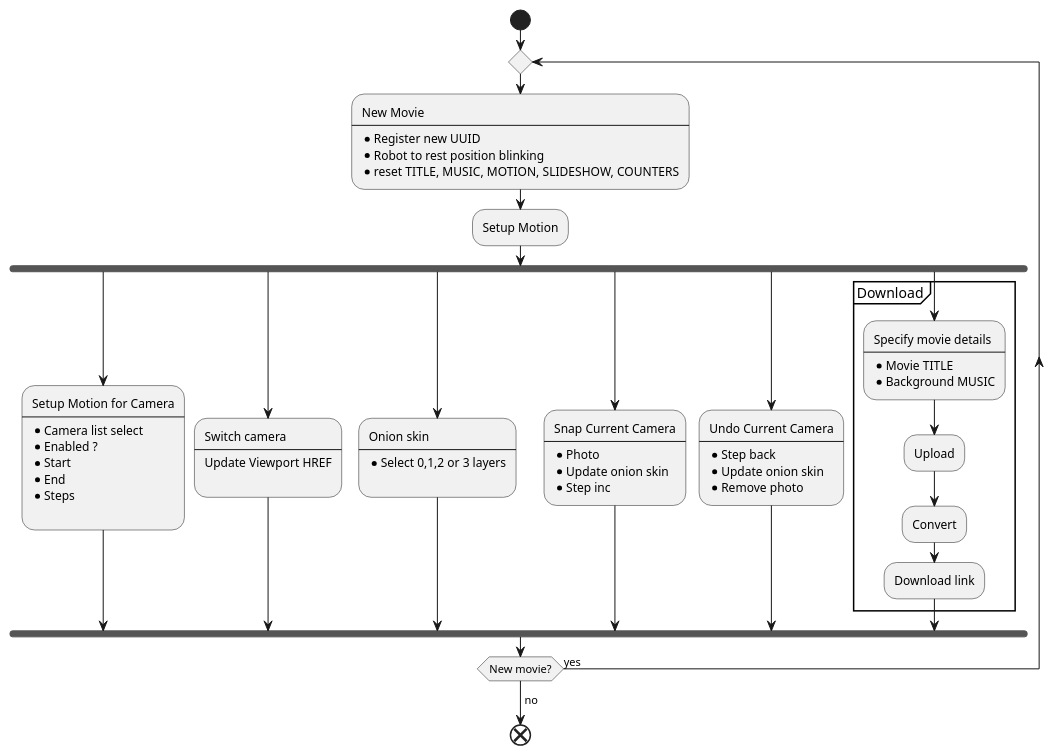
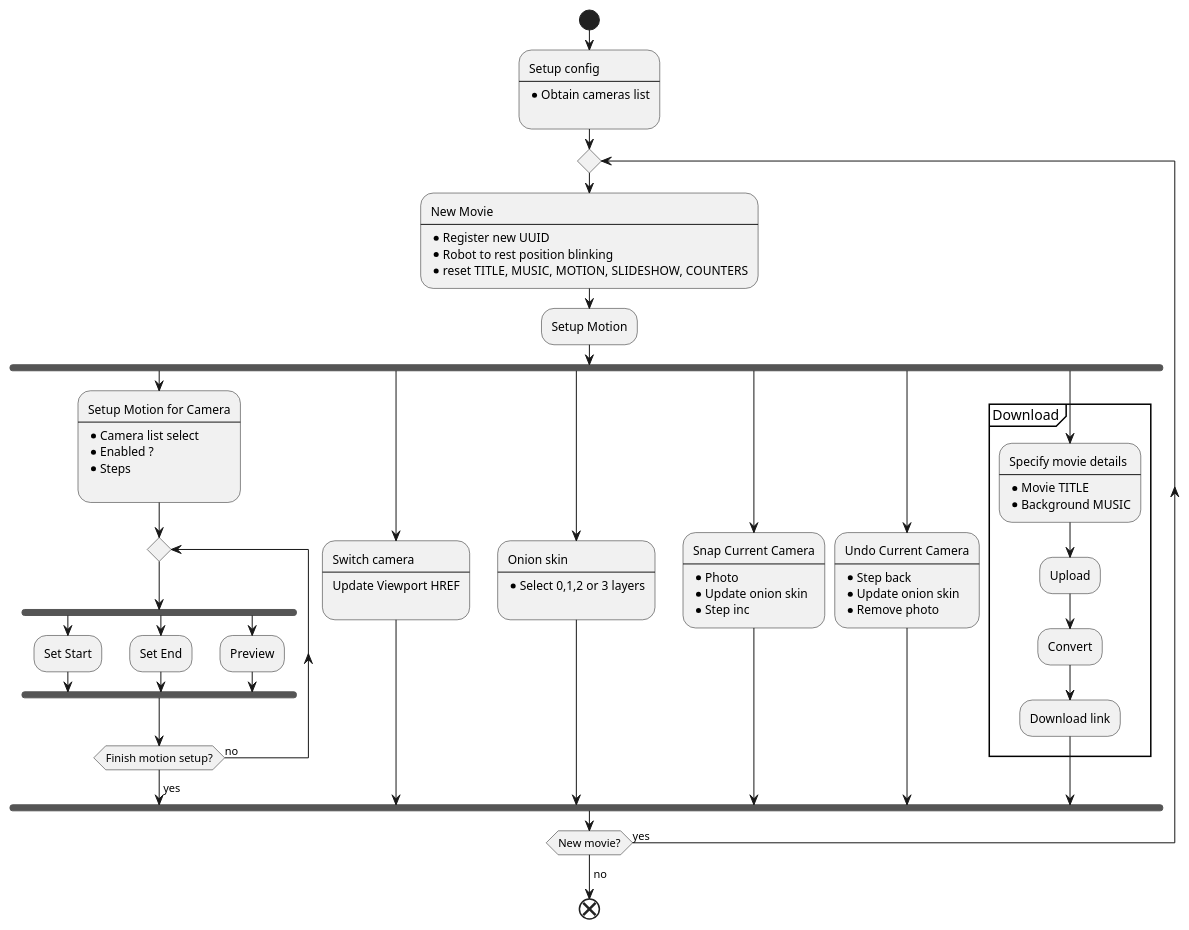
One commit to CMCRobotics/cineglobe-stopmotion changed the diagram in doc/activity-diagram_user-session.puml. Above: the diagram before and after it, drawn with PlantUML. The commit also changed 7 other files, not shown here.

```diff
--- a/doc/activity-diagram_user-session.puml
+++ b/doc/activity-diagram_user-session.puml
@@ -1,55 +1,68 @@
 @startuml
 start
+:Setup config
+----
+* Obtain cameras list
+;
 repeat
 :New Movie
 ----
 * Register new UUID
 * Robot to rest position blinking
 * reset TITLE, MUSIC, MOTION, SLIDESHOW, COUNTERS;
 :Setup Motion;
 fork
   :Setup Motion for Camera
   ----
   * Camera list select
   * Enabled ?
-  * Start
-  * End
   * Steps
   ;
+  repeat
+  fork
+  :Set Start;
+  fork again
+  :Set End;
+  fork again
+  :Preview;
+  end fork
+  repeat while (Finish motion setup?) is (no)
+  -> yes;
+  
 fork again 
   :Switch camera
   ----
   Update Viewport HREF
   ;
 fork again
   :Onion skin
   ----
   * Select 0,1,2 or 3 layers
   ;
 fork again
   :Snap Current Camera
   ----
   * Photo
   * Update onion skin
   * Step inc;
 fork again
   :Undo Current Camera
   ----
   * Step back  
   * Update onion skin
   * Remove photo;
 fork again
   partition Download {
   :Specify movie details
   ----
   * Movie TITLE
   * Background MUSIC;
   :Upload;
   :Convert;
   :Download link;
   }
 end fork
 repeat while (New movie?) is (yes)
 -> no;
 end
 @enduml
```
